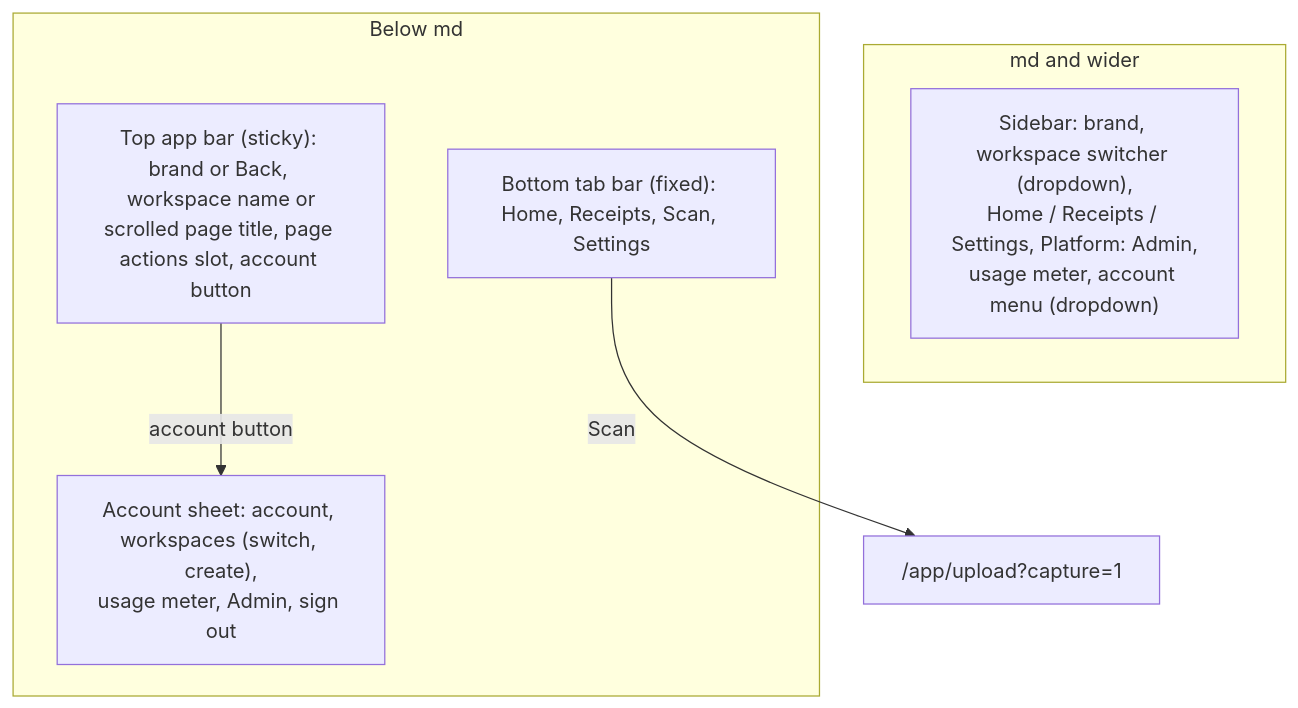
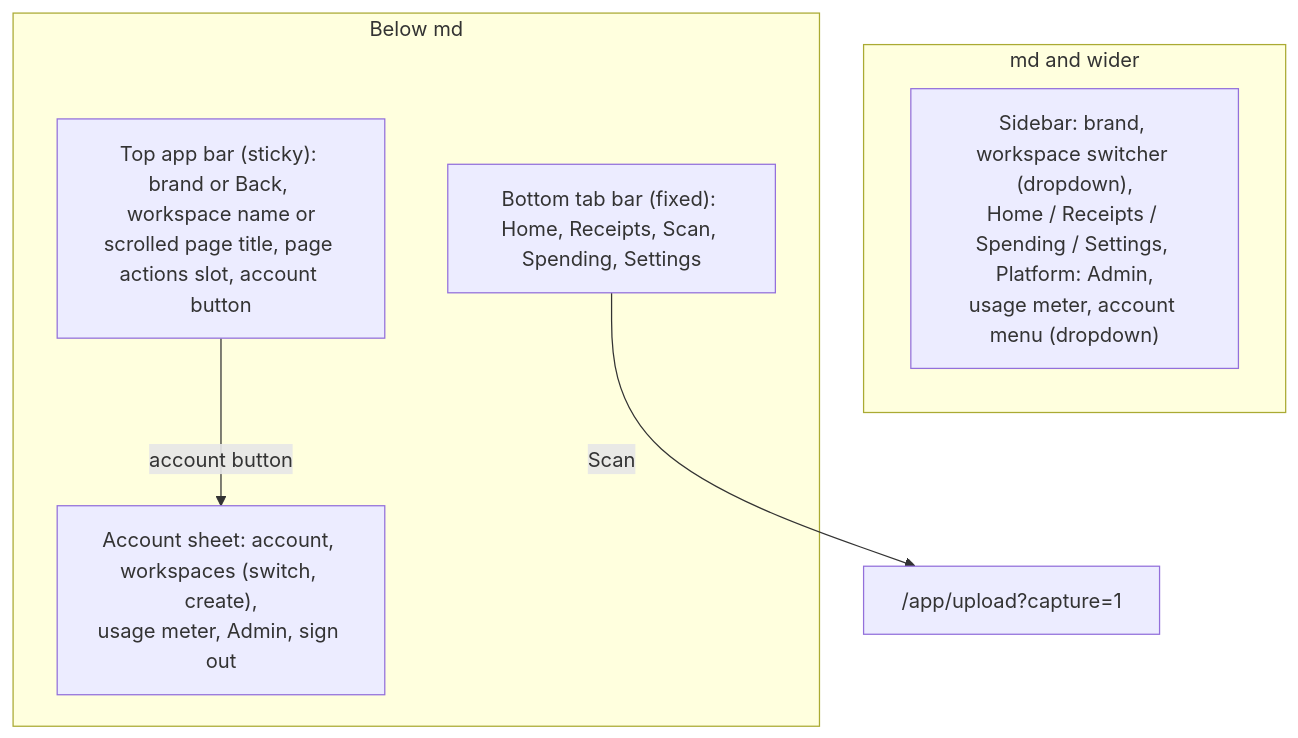
Before and after one commit to bhimrazy/receipt-ocr-app: the second of 5 diagrams in docs/architecture/web.md, drawn with Mermaid. The commit also changed other lines of this file and 13 other files, not shown here.

Commit message:
feat(nav): add the Spending page and move the dashboard off Home

````diff
--- a/docs/architecture/web.md
+++ b/docs/architecture/web.md
@@ -59,13 +59,13 @@
 ```mermaid
 flowchart TB
   subgraph desktop["md and wider"]
-    sidebar["Sidebar: brand, workspace switcher (dropdown),<br/>Home / Receipts / Settings, Platform: Admin,<br/>usage meter, account menu (dropdown)"]
+    sidebar["Sidebar: brand, workspace switcher (dropdown),<br/>Home / Receipts / Spending / Settings, Platform: Admin,<br/>usage meter, account menu (dropdown)"]
   end
   subgraph phone["Below md"]
     bar["Top app bar (sticky): brand or Back, workspace name or<br/>scrolled page title, page actions slot, account button"]
     sheet["Account sheet: account, workspaces (switch, create),<br/>usage meter, Admin, sign out"]
-    tabs["Bottom tab bar (fixed): Home, Receipts, Scan, Settings"]
+    tabs["Bottom tab bar (fixed): Home, Receipts, Scan, Spending, Settings"]
     bar -- "account button" --> sheet
   end
   tabs -- "Scan" --> scan["/app/upload?capture=1"]
 ```
````
